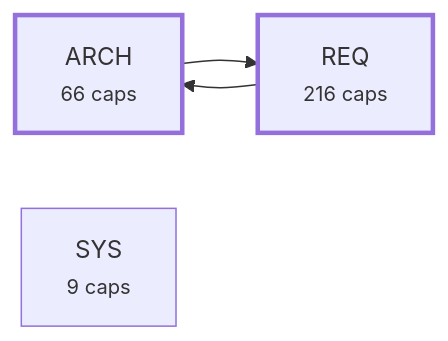
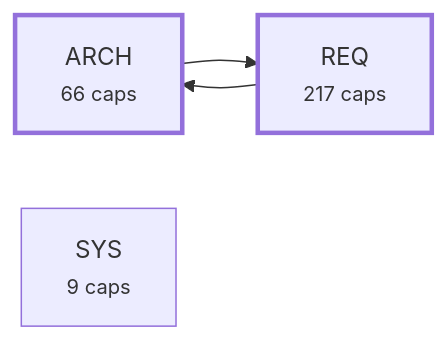
The third of 4 diagrams in plugin/requirements/_map.md (alxmax/Requirement-manager), drawn with Mermaid before and after one commit. The commit also changed other lines of this file and 29 other files, not shown here.

````diff
--- a/plugin/requirements/_map.md
+++ b/plugin/requirements/_map.md
@@ -1053,10 +1045,10 @@
 ```mermaid
 graph LR
   a_ARCH["ARCH<br><small>66 caps</small>"]
-  a_REQ["REQ<br><small>216 caps</small>"]
+  a_REQ["REQ<br><small>217 caps</small>"]
   a_SYS["SYS<br><small>9 caps</small>"]
   a_ARCH --> a_REQ
   a_REQ --> a_ARCH
   style a_ARCH stroke-width:3px
   style a_REQ stroke-width:3px
 ```
````
